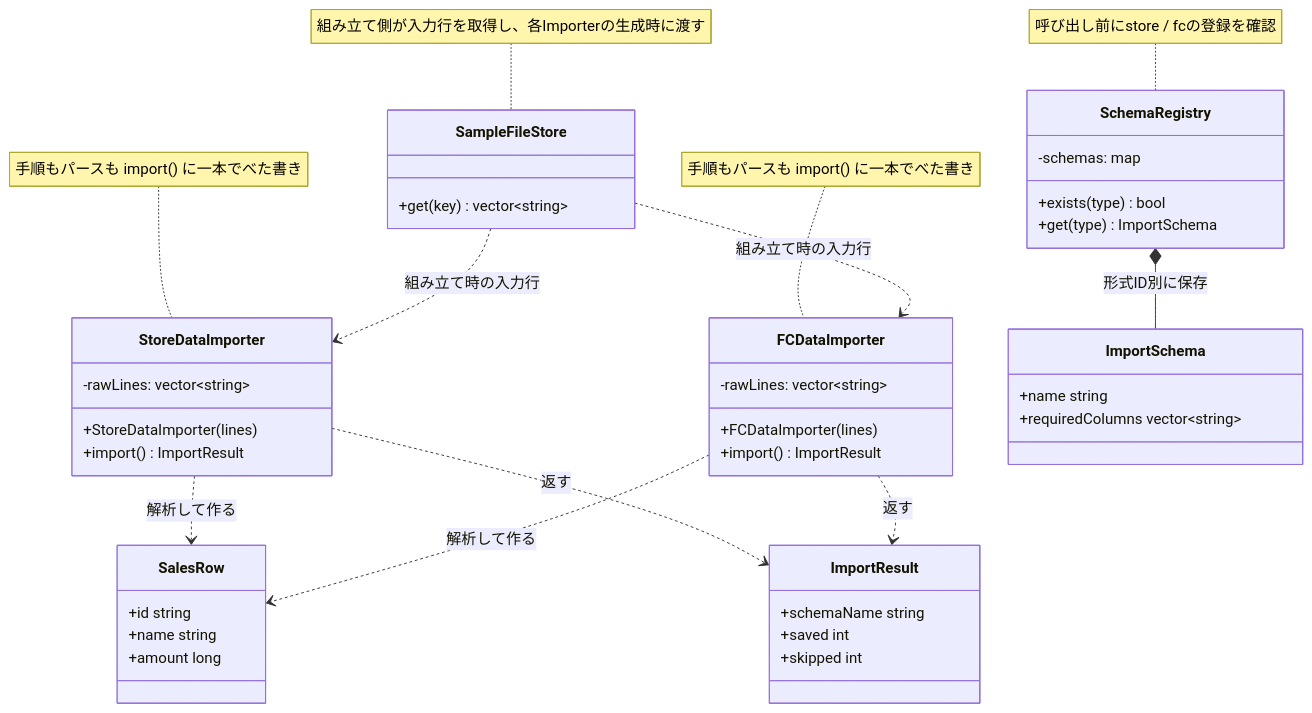
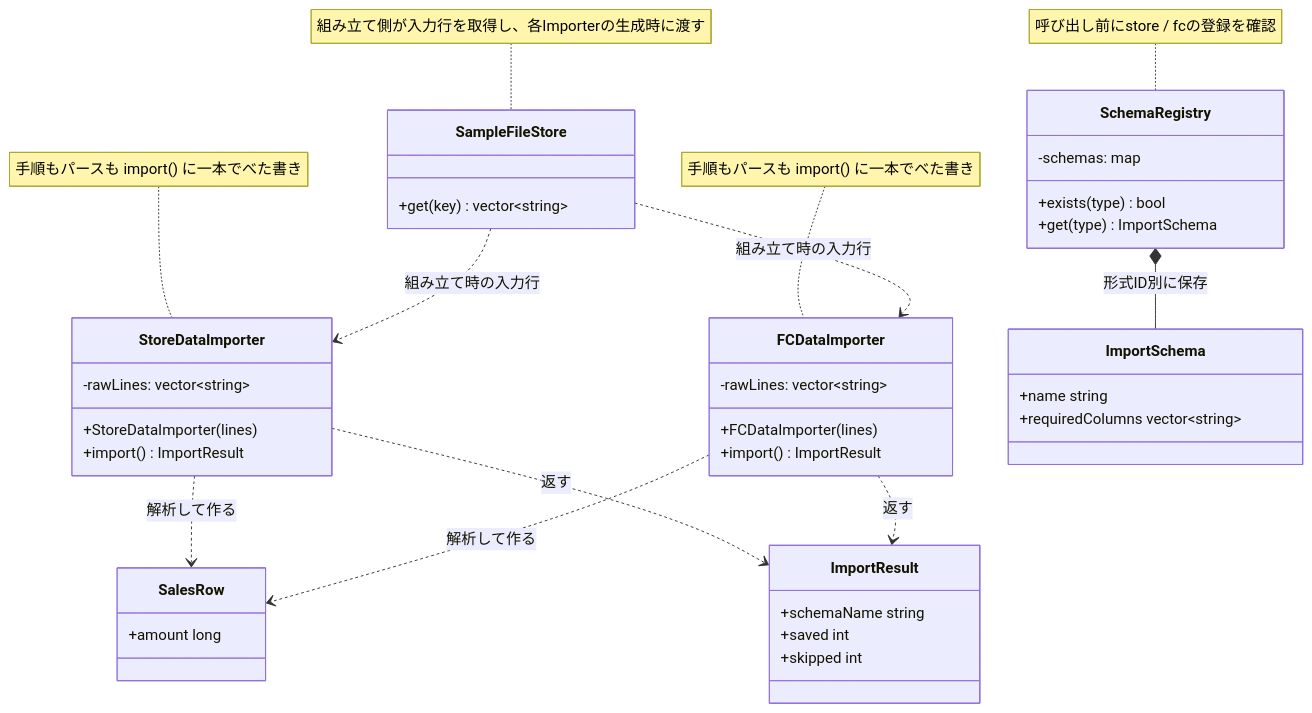
The third of 15 diagrams in kindle/design-patterns/output/chapter04.md (kumachan1101-pixel/DesignPattern), drawn with Mermaid before and after one commit. The commit also changed other lines of this file and 4 other files, not shown here.

````diff
--- a/kindle/design-patterns/output/chapter04.md
+++ b/kindle/design-patterns/output/chapter04.md
@@ -210,47 +210,45 @@
 ```mermaid
 classDiagram
     class StoreDataImporter {
         -rawLines: vector~string~
         +StoreDataImporter(lines)
         +import() ImportResult
     }
     class FCDataImporter {
         -rawLines: vector~string~
         +FCDataImporter(lines)
         +import() ImportResult
     }
     class SchemaRegistry {
         -schemas: map
         +exists(type) bool
         +get(type) ImportSchema
     }
     class SampleFileStore {
         +get(key) vector~string~
     }
     class SalesRow {
-        +id string
-        +name string
         +amount long
     }
     class ImportResult {
         +schemaName string
         +saved int
         +skipped int
     }
     class ImportSchema {
         +name string
         +requiredColumns vector~string~
     }
     StoreDataImporter ..> SalesRow : 解析して作る
     FCDataImporter ..> SalesRow : 解析して作る
     StoreDataImporter ..> ImportResult : 返す
     FCDataImporter ..> ImportResult : 返す
     SchemaRegistry *-- ImportSchema : 形式ID別に保存
     SampleFileStore ..> StoreDataImporter : 組み立て時の入力行
     SampleFileStore ..> FCDataImporter : 組み立て時の入力行
     note for StoreDataImporter "手順もパースも import() に一本でべた書き"
     note for FCDataImporter "手順もパースも import() に一本でべた書き"
     note for SchemaRegistry "呼び出し前にstore / fcの登録を確認"
     note for SampleFileStore "組み立て側が入力行を取得し、各Importerの生成時に渡す"
 
 ```
````
